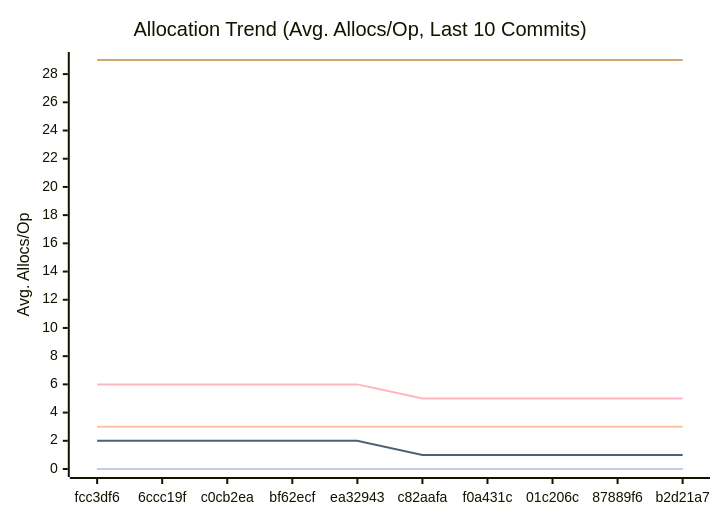
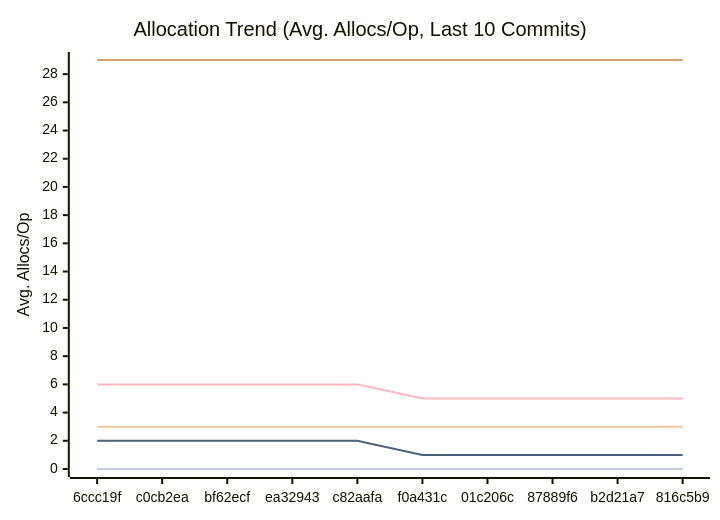
Before and after one commit to alsotoes/momo: the third of 3 diagrams in docs/PERFORMANCE.md, drawn with Mermaid. The commit also changed other lines of this file and 2 other files, not shown here.

````diff
--- a/docs/PERFORMANCE.md
+++ b/docs/PERFORMANCE.md
@@ -114,16 +114,16 @@
 ```mermaid
 xychart-beta
     title "Allocation Trend (Avg. Allocs/Op, Last 10 Commits)"
     x-axis "Commit"
     y-axis "Avg. Allocs/Op"
-    x-axis [fcc3df6,6ccc19f,c0cb2ea,bf62ecf,ea32943,c82aafa,f0a431c,01c206c,87889f6,b2d21a7]
+    x-axis [6ccc19f,c0cb2ea,bf62ecf,ea32943,c82aafa,f0a431c,01c206c,87889f6,b2d21a7,816c5b9]
     line "CheckMetricsAndSwap" [0,0,0,0,0,0,0,0,0,0]
     line "CrushOptimized" [0,0,0,0,0,0,0,0,0,0]
     line "CrushOriginal" [3,3,3,3,3,3,3,3,3,3]
     line "IndexDirectTracking" [0,0,0,0,0,0,0,0,0,0]
     line "IndexSearch" [0,0,0,0,0,0,0,0,0,0]
     line "LoadGlobalConfig" [29,29,29,29,29,29,29,29,29,29]
     line "PadString" [0,0,0,0,0,0,0,0,0,0]
     line "ParseReplicationOrder_NoPrealloc" [6,6,6,6,6,5,5,5,5,5]
     line "ParseReplicationOrder_Prealloc" [2,2,2,2,2,1,1,1,1,1]
 ```
````
